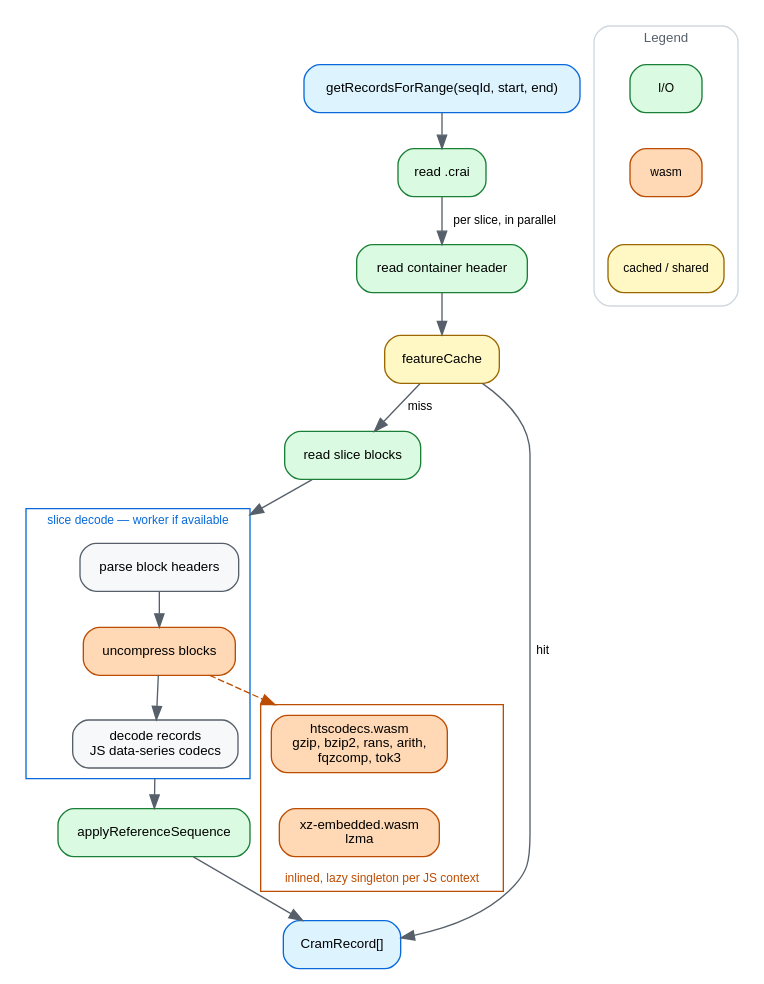
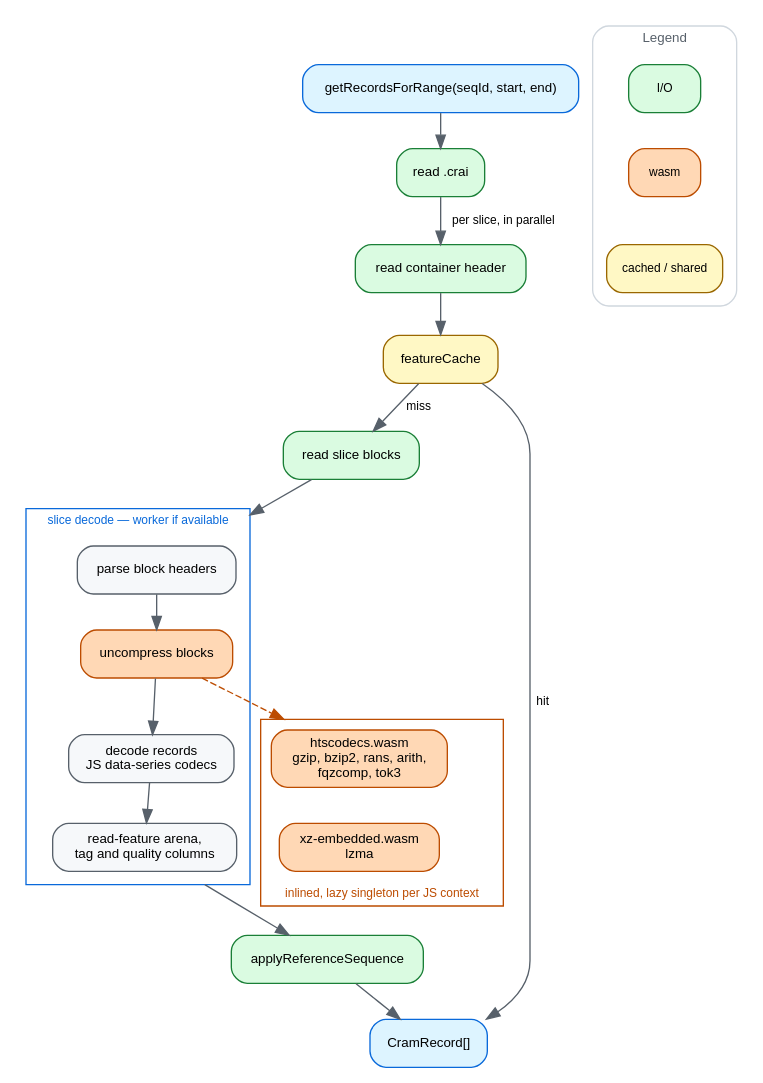
The diagram in docs/img/dataflow.dot (GMOD/cram-js), drawn with Graphviz before and after one commit. The commit also changed 1 other file, not shown here.

Commit message:
docs: show the columnar output in the dataflow figure
The decode cluster ended at 'decode records', so the layout that makes the
next edge a zero-copy transfer was not on the diagram at all.

Claude-Session: https://claude.ai/code/session_01Ps2aczNGhU1pZ6ap53qXUd

```diff
--- a/docs/img/dataflow.dot
+++ b/docs/img/dataflow.dot
@@ -1,77 +1,80 @@
 // Source for docs/img/dataflow.svg, which dataflow.md embeds.
 // Regenerate with: dot -Tsvg docs/img/dataflow.dot -o docs/img/dataflow.svg
 //
 // Deliberately the MAIN PATH only, with short labels — the worker fallback, the
 // zero-copy transfer, the reference callback, the .crai's own gunzip and the
 // per-block wasm boundary are all explained in dataflow.md instead. A diagram
 // that shows every branch stops being the thing you look at first.
 //
 // SYNC: ~/src/gmod/bam-js/docs/img/dataflow.dot — same palette, legend and
 // spine. The two clusters are the one thing cram adds: what moves to a worker,
 // and what is wasm.
 digraph cramjs {
   rankdir=TB
   compound=true
   bgcolor="white"
   nodesep=0.3
   ranksep=0.36
   node [shape=box style="filled,rounded" fillcolor="#f6f8fa" color="#57606a"
         fontname="Helvetica" fontsize=10 margin="0.14,0.07"]
   edge [color="#57606a" fontname="Helvetica" fontsize=9]
 
   query [label="getRecordsForRange(seqId, start, end)" fillcolor="#ddf4ff" color="#0969da"]
   crai  [label="read .crai" fillcolor="#dafbe1" color="#1a7f37"]
   cont  [label="read container header" fillcolor="#dafbe1" color="#1a7f37"]
   cache [label="featureCache" fillcolor="#fff8c5" color="#9a6700"]
   read  [label="read slice blocks" fillcolor="#dafbe1" color="#1a7f37"]
   ref   [label="applyReferenceSequence" fillcolor="#dafbe1" color="#1a7f37"]
   out   [label="CramRecord[]" fillcolor="#ddf4ff" color="#0969da"]
 
   subgraph cluster_decode {
     label="slice decode — worker if available"
     fontname="Helvetica" fontsize=9 fontcolor="#0969da" color="#0969da"
+    margin=10
 
     walk  [label="parse block headers"]
     uncmp [label="uncompress blocks" fillcolor="#ffd8b5" color="#bc4c00"]
     recs  [label="decode records\nJS data-series codecs"]
+    cols  [label="read-feature arena,\ntag and quality columns"]
   }
 
   subgraph cluster_wasm {
     label="inlined, lazy singleton per JS context"
     labelloc=b
     fontname="Helvetica" fontsize=9 fontcolor="#bc4c00" color="#bc4c00"
 
     hts [label="htscodecs.wasm\ngzip, bzip2, rans, arith,\nfqzcomp, tok3" fillcolor="#ffd8b5" color="#bc4c00"]
     xz  [label="xz-embedded.wasm\nlzma" fillcolor="#ffd8b5" color="#bc4c00"]
     hts -> xz [style=invis]
   }
 
   query -> crai
   crai  -> cont  [label=" per slice, in parallel "]
   cont  -> cache
   cache -> read  [label=" miss "]
   read  -> walk  [lhead=cluster_decode]
   walk  -> uncmp
   uncmp -> recs
-  recs  -> ref   [ltail=cluster_decode]
+  recs  -> cols
+  cols  -> ref   [ltail=cluster_decode]
   ref   -> out
   cache -> out   [label=" hit "]
 
   uncmp -> hts   [style=dashed color="#bc4c00" lhead=cluster_wasm]
 
   subgraph cluster_legend {
     label="Legend"
     labelloc="t"
     fontname="Helvetica"
     fontsize=10
     fontcolor="#57606a"
     color="#d0d7de"
     style="rounded"
     margin=10
     node [shape=box style="filled,rounded" fontsize=9 margin="0.1,0.04"]
     l1 [label="I/O" fillcolor="#dafbe1" color="#1a7f37"]
     l2 [label="wasm" fillcolor="#ffd8b5" color="#bc4c00"]
     l3 [label="cached / shared" fillcolor="#fff8c5" color="#9a6700"]
     l1 -> l2 -> l3 [style=invis]
   }
 }
```
